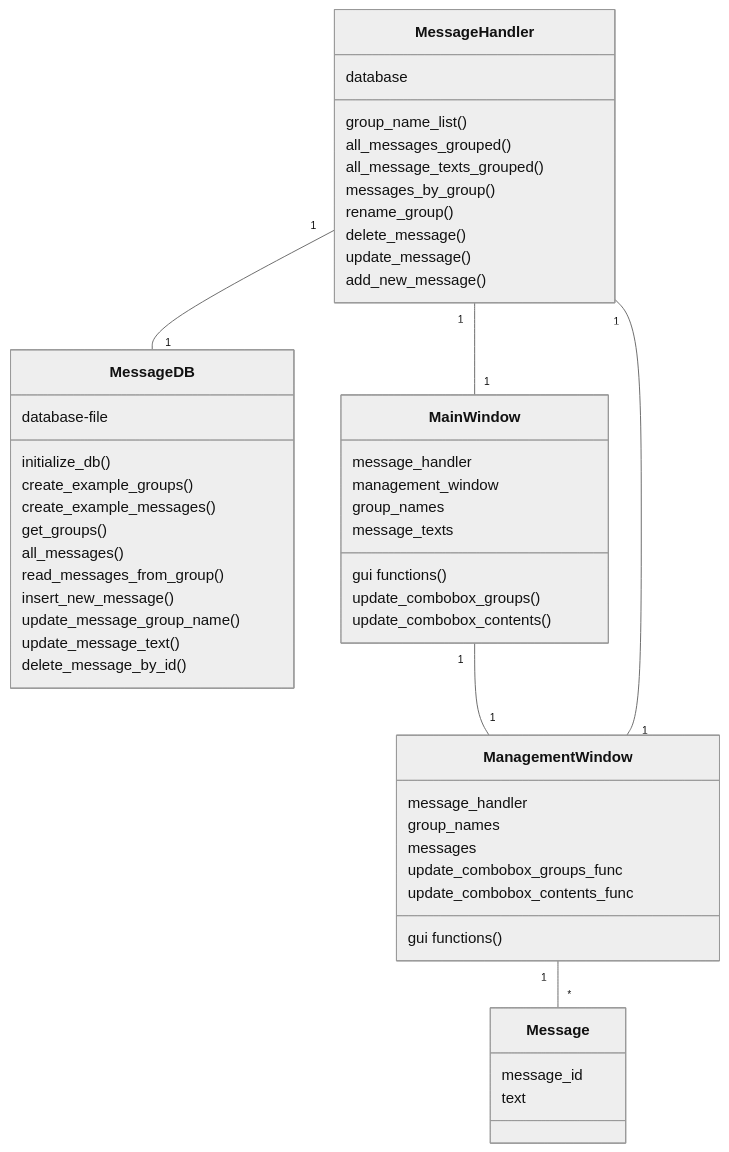
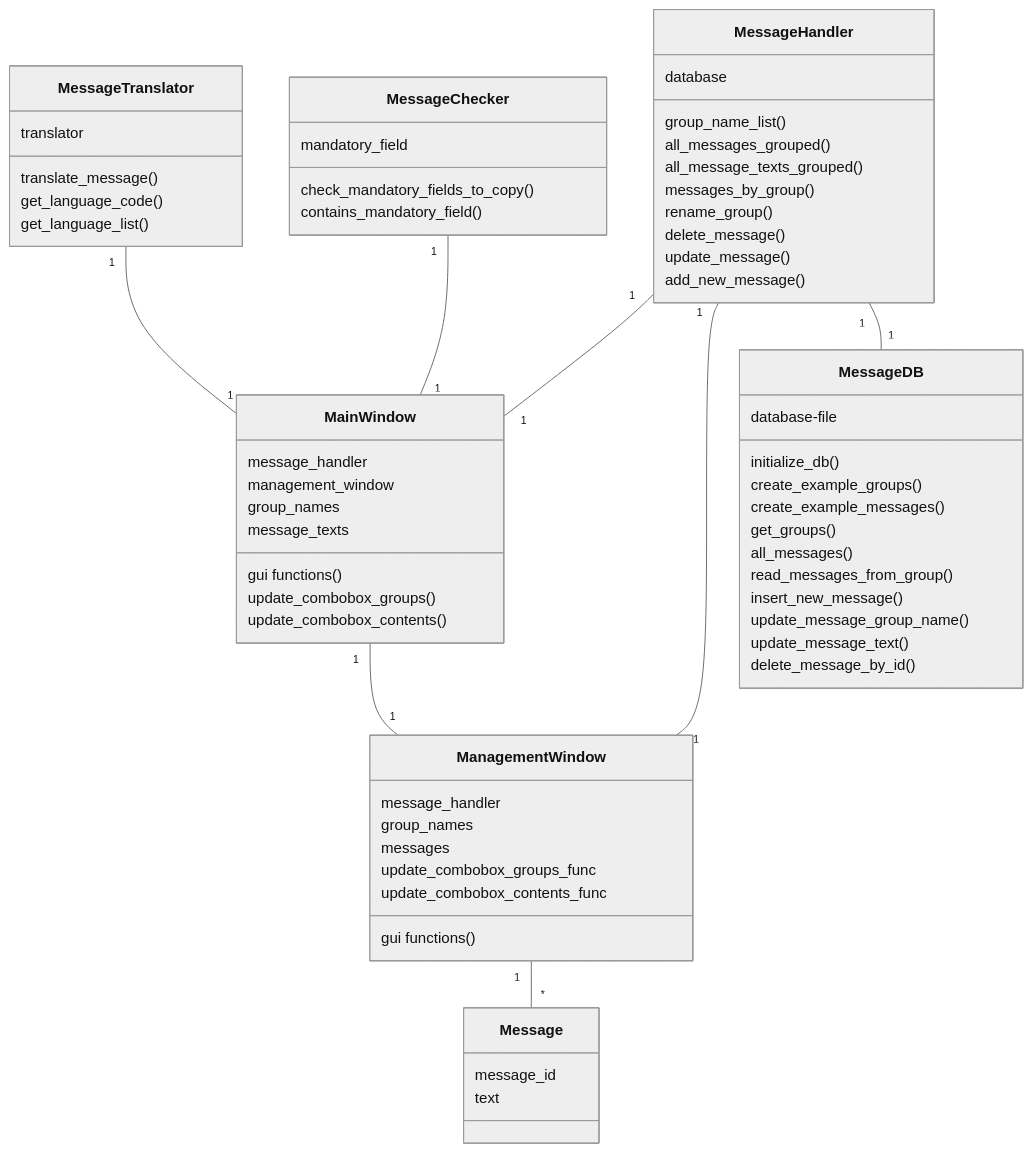
Before and after one commit to SaijaGit/ot-harjoitustyo: the first of 2 diagrams in BoringEmailGenerator/dokumentaatio/arkkitehtuuri.md, drawn with Mermaid (neutral theme). The commit also changed other lines of this file, not shown here.

````diff
--- a/BoringEmailGenerator/dokumentaatio/arkkitehtuuri.md
+++ b/BoringEmailGenerator/dokumentaatio/arkkitehtuuri.md
@@ -25,59 +32,78 @@
 ```mermaid
  classDiagram
     
       class Message{
           message_id
           text 
-      }
-      class MessageHandler{
-          database
-          group_name_list()
-          all_messages_grouped()
-          all_message_texts_grouped()
-          messages_by_group()
-          rename_group()
-          delete_message()
-          update_message()
-          add_new_message()
-      }
-      class MessageDB {
-          database-file
-          initialize_db()
-          create_example_groups()
-          create_example_messages()
-          get_groups()
-          all_messages()
-          read_messages_from_group()
-          insert_new_message()
-          update_message_group_name()
-          update_message_text()
-          delete_message_by_id()
       }
       
       class MainWindow{
           message_handler
           management_window
           group_names
           message_texts
           gui functions ()
           update_combobox_groups()
           update_combobox_contents()
       }
       
       class ManagementWindow{
           message_handler
           group_names
           messages 
           update_combobox_groups_func
           update_combobox_contents_func
           gui functions ()
       }
       
+      class MessageHandler{
+          database
+          group_name_list()
+          all_messages_grouped()
+          all_message_texts_grouped()
+          messages_by_group()
+          rename_group()
+          delete_message()
+          update_message()
+          add_new_message()
+      }
+      
+      class MessageTranslator{
+          translator
+          translate_message()
+          get_language_code()
+          get_language_list()
+      }
+      
+      class MessageChecker{
+          mandatory_field
+          check_mandatory_fields_to_copy()
+          contains_mandatory_field()
+      }
+      
+      class MessageDB {
+          database-file
+          initialize_db()
+          create_example_groups()
+          create_example_messages()
+          get_groups()
+          all_messages()
+          read_messages_from_group()
+          insert_new_message()
+          update_message_group_name()
+          update_message_text()
+          delete_message_by_id()
+      }
+      
+
+      
       MainWindow "1" -- "1" ManagementWindow
       MessageHandler "1" -- "1" MainWindow
       MessageHandler "1" -- "1" ManagementWindow
+      MessageTranslator "1" -- "1" MainWindow
+      MessageChecker "1" -- "1" MainWindow
       ManagementWindow "1" -- "*" Message
       MessageHandler "1" -- "1" MessageDB
       
       
 ```
````
